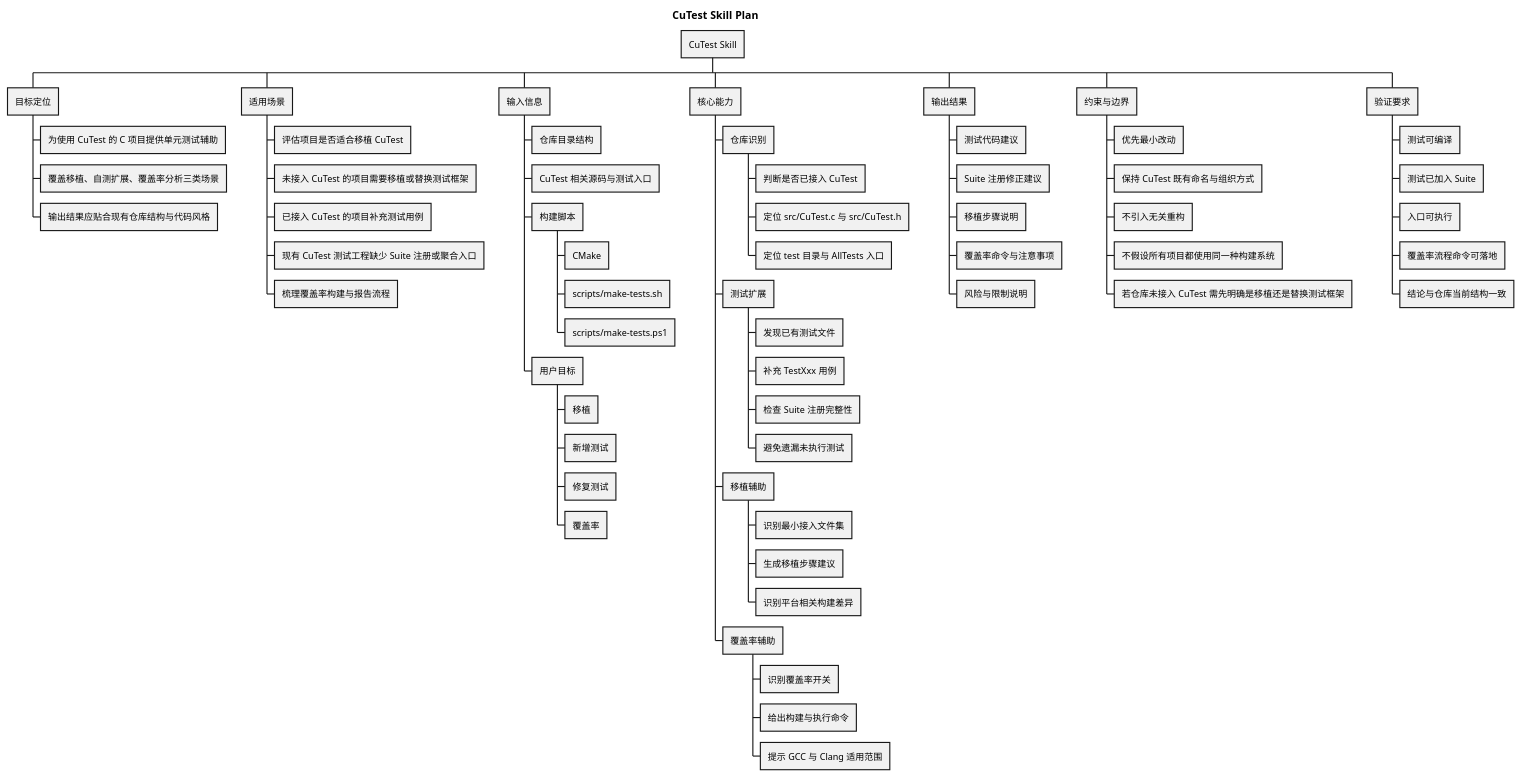
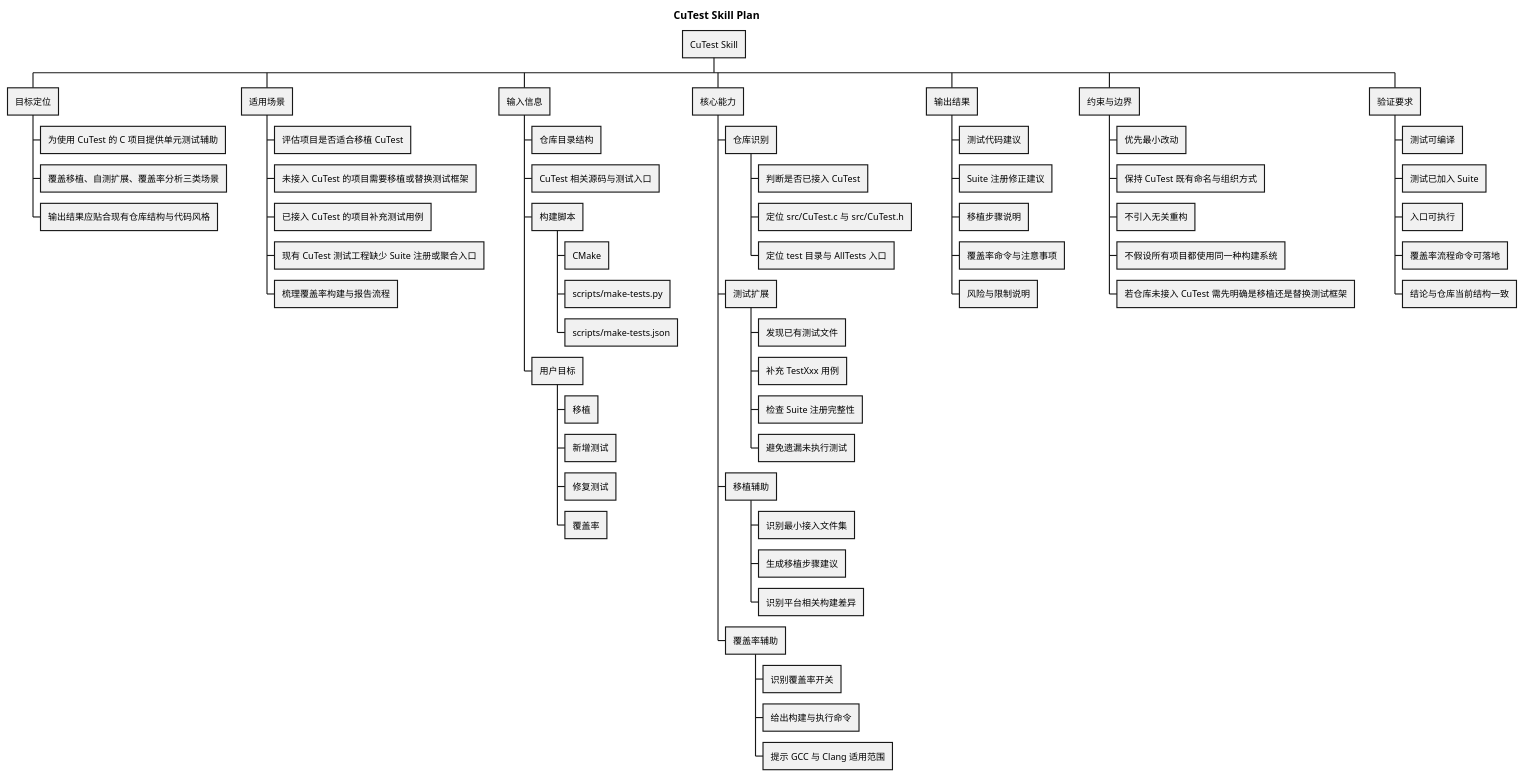
One commit to viys/cutest changed the diagram in docs/cutest_skill_plan.puml. Above: the diagram before and after it, drawn with PlantUML. The commit also changed 8 other files, not shown here.

```diff
--- a/docs/cutest_skill_plan.puml
+++ b/docs/cutest_skill_plan.puml
@@ -1,72 +1,72 @@
 @startwbs
 title CuTest Skill Plan
 
 ' 需要先完善项目移植的计划。每个项目移植的方法不一样，目前仅先支持cmake方式的移植。
 
 * CuTest Skill
 ** 目标定位
 *** 为使用 CuTest 的 C 项目提供单元测试辅助
 *** 覆盖移植、自测扩展、覆盖率分析三类场景
 *** 输出结果应贴合现有仓库结构与代码风格
 
 ** 适用场景
 *** 评估项目是否适合移植 CuTest
 *** 未接入 CuTest 的项目需要移植或替换测试框架
 *** 已接入 CuTest 的项目补充测试用例
 *** 现有 CuTest 测试工程缺少 Suite 注册或聚合入口
 *** 梳理覆盖率构建与报告流程
 
 ** 输入信息
 *** 仓库目录结构
 *** CuTest 相关源码与测试入口
 *** 构建脚本
 **** CMake
-**** scripts/make-tests.sh
-**** scripts/make-tests.ps1
+**** scripts/make-tests.py
+**** scripts/make-tests.json
 *** 用户目标
 **** 移植
 **** 新增测试
 **** 修复测试
 **** 覆盖率
 
 ** 核心能力
 *** 仓库识别
 **** 判断是否已接入 CuTest
 **** 定位 src/CuTest.c 与 src/CuTest.h
 **** 定位 test 目录与 AllTests 入口
 *** 测试扩展
 **** 发现已有测试文件
 **** 补充 TestXxx 用例
 **** 检查 Suite 注册完整性
 **** 避免遗漏未执行测试
 *** 移植辅助
 **** 识别最小接入文件集
 **** 生成移植步骤建议
 **** 识别平台相关构建差异
 *** 覆盖率辅助
 **** 识别覆盖率开关
 **** 给出构建与执行命令
 **** 提示 GCC 与 Clang 适用范围
 
 ** 输出结果
 *** 测试代码建议
 *** Suite 注册修正建议
 *** 移植步骤说明
 *** 覆盖率命令与注意事项
 *** 风险与限制说明
 
 ** 约束与边界
 *** 优先最小改动
 *** 保持 CuTest 既有命名与组织方式
 *** 不引入无关重构
 *** 不假设所有项目都使用同一种构建系统
 *** 若仓库未接入 CuTest 需先明确是移植还是替换测试框架
 
 ** 验证要求
 *** 测试可编译
 *** 测试已加入 Suite
 *** 入口可执行
 *** 覆盖率流程命令可落地
 *** 结论与仓库当前结构一致
 
 @endwbs
```
